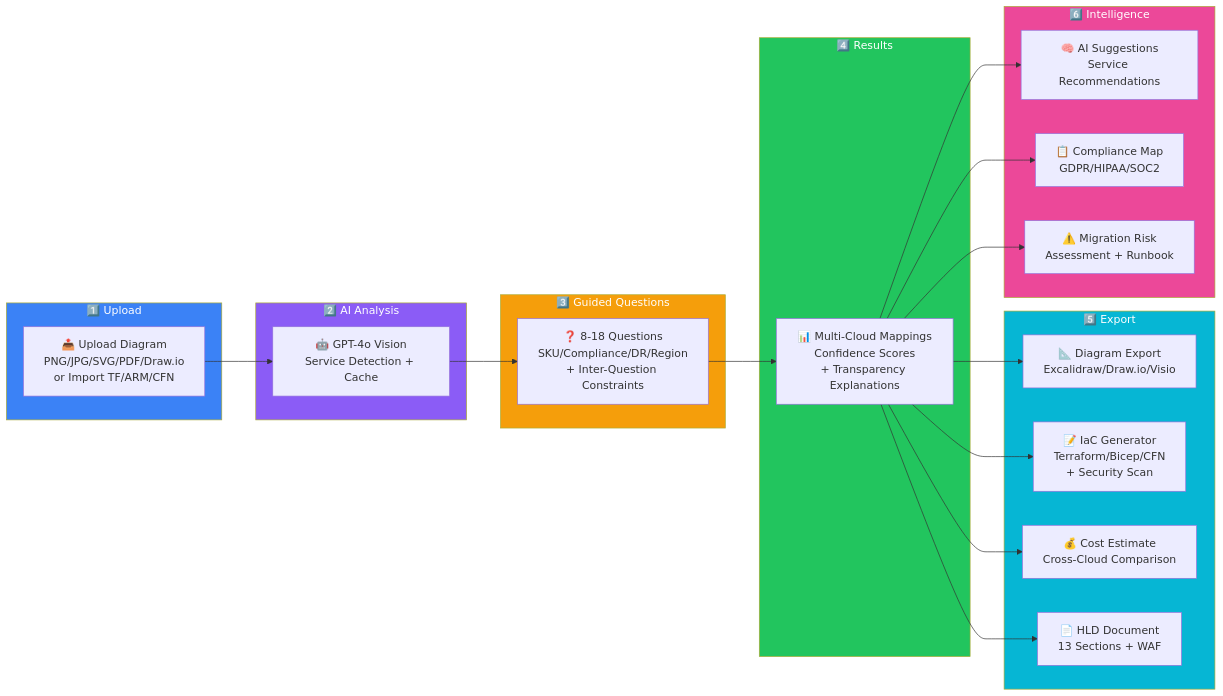
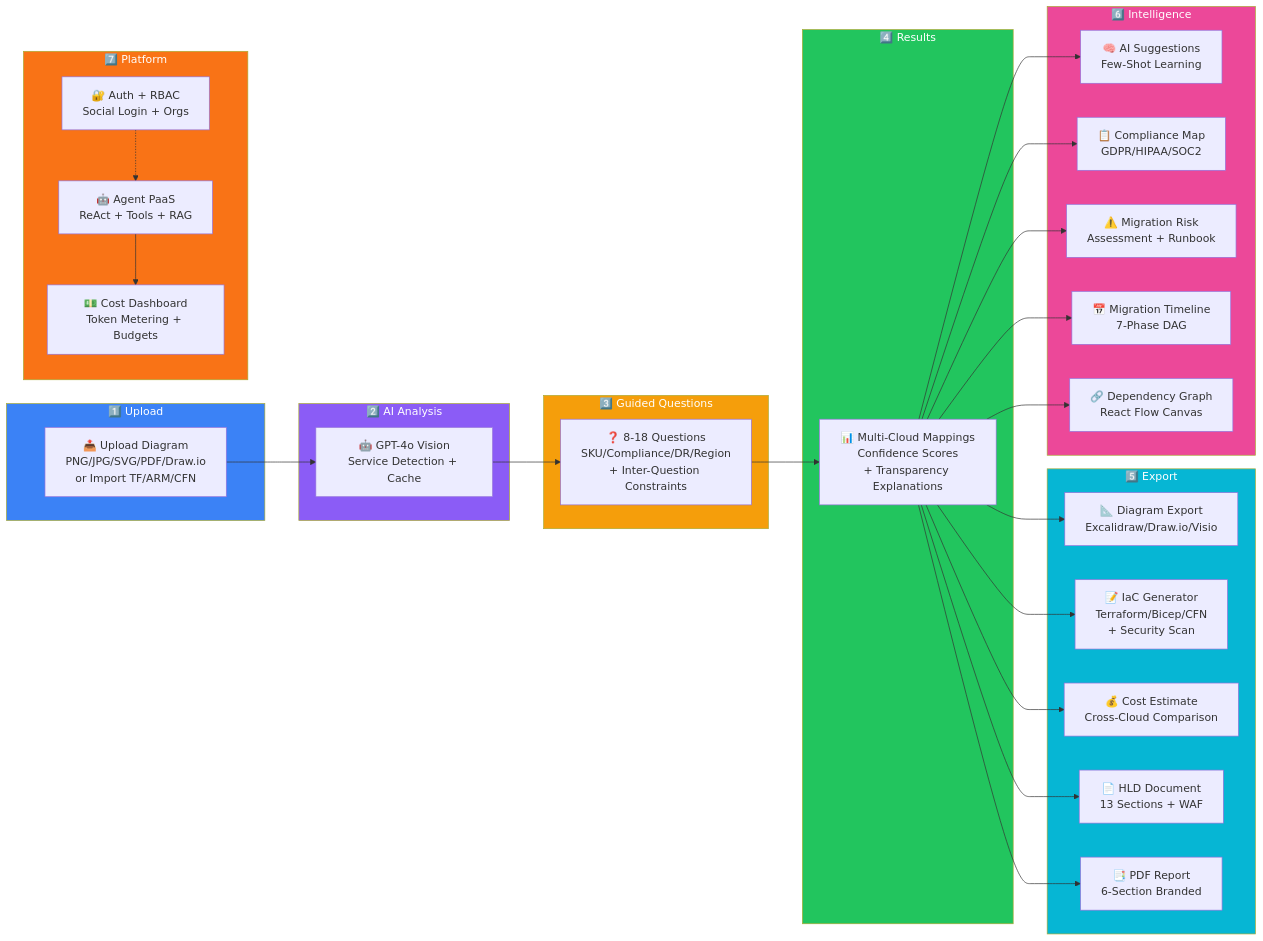
The second of 2 diagrams in README.md (idokatz86/Archmorph), drawn with Mermaid before and after one commit. The commit also changed other lines of this file and 8 other files, not shown here.

Commit message:
docs: v4.0.0 — CHANGELOG, README, PRD, architecture + flow diagrams updated

````diff
--- a/README.md
+++ b/README.md
@@ -245,46 +272,61 @@
 ```mermaid
 flowchart LR
     subgraph Upload["1️⃣ Upload"]
         A[📤 Upload Diagram<br/>PNG/JPG/SVG/PDF/Draw.io<br/>or Import TF/ARM/CFN]
     end
     
     subgraph Analysis["2️⃣ AI Analysis"]
         B[🤖 GPT-4o Vision<br/>Service Detection + Cache]
     end
     
     subgraph Questions["3️⃣ Guided Questions"]
         C[❓ 8-18 Questions<br/>SKU/Compliance/DR/Region<br/>+ Inter-Question Constraints]
     end
     
     subgraph Results["4️⃣ Results"]
         D[📊 Multi-Cloud Mappings<br/>Confidence Scores<br/>+ Transparency Explanations]
     end
     
     subgraph Export["5️⃣ Export"]
         E[📐 Diagram Export<br/>Excalidraw/Draw.io/Visio]
         F[📝 IaC Generator<br/>Terraform/Bicep/CFN<br/>+ Security Scan]
         G[💰 Cost Estimate<br/>Cross-Cloud Comparison]
         H[📄 HLD Document<br/>13 Sections + WAF]
+        L[📑 PDF Report<br/>6-Section Branded]
     end
     
     subgraph Intelligence["6️⃣ Intelligence"]
-        I[🧠 AI Suggestions<br/>Service Recommendations]
+        I[🧠 AI Suggestions<br/>Few-Shot Learning]
         J[📋 Compliance Map<br/>GDPR/HIPAA/SOC2]
         K[⚠️ Migration Risk<br/>Assessment + Runbook]
+        M[📅 Migration Timeline<br/>7-Phase DAG]
+        N[🔗 Dependency Graph<br/>React Flow Canvas]
+    end
+    
+    subgraph Platform["7️⃣ Platform"]
+        O[🤖 Agent PaaS<br/>ReAct + Tools + RAG]
+        P[💵 Cost Dashboard<br/>Token Metering + Budgets]
+        Q[🔐 Auth + RBAC<br/>Social Login + Orgs]
     end
     
     A --> B --> C --> D --> E
     D --> F
     D --> G
     D --> H
+    D --> L
     D --> I
     D --> J
     D --> K
+    D --> M
+    D --> N
+    O --> P
+    Q -.-> O
     
     style Upload fill:#3B82F6,color:#fff
     style Analysis fill:#8B5CF6,color:#fff
     style Questions fill:#F59E0B,color:#fff
     style Results fill:#22C55E,color:#fff
     style Export fill:#06B6D4,color:#fff
     style Intelligence fill:#EC4899,color:#fff
+    style Platform fill:#F97316,color:#fff
 ```
````
